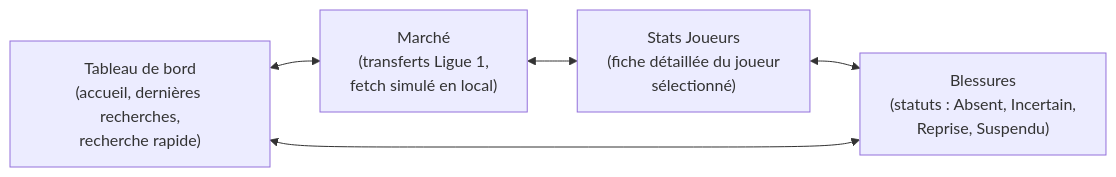
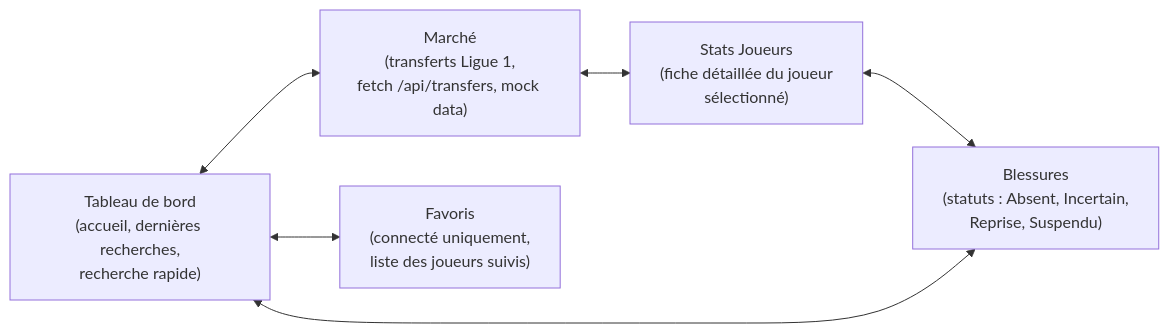
One commit to Jetromix78000/mpg-companion changed the third of 3 diagrams in README.md. Above: the diagram before and after it, drawn with Mermaid. The commit also changed other lines of this file and 12 other files, not shown here.

````diff
--- a/README.md
+++ b/README.md
@@ -144,12 +168,14 @@
 ```mermaid
 flowchart LR
     Dashboard["Tableau de bord\n(accueil, dernières recherches,\nrecherche rapide)"]
-    Market["Marché\n(transferts Ligue 1,\nfetch simulé en local)"]
+    Market["Marché\n(transferts Ligue 1,\nfetch /api/transfers, mock data)"]
     Stats["Stats Joueurs\n(fiche détaillée du joueur\nsélectionné)"]
     Injuries["Blessures\n(statuts : Absent, Incertain,\nReprise, Suspendu)"]
+    Favorites["Favoris\n(connecté uniquement,\nliste des joueurs suivis)"]
 
     Dashboard <--> Market
     Market <--> Stats
     Stats <--> Injuries
     Injuries <--> Dashboard
+    Dashboard <--> Favorites
 ```
````
